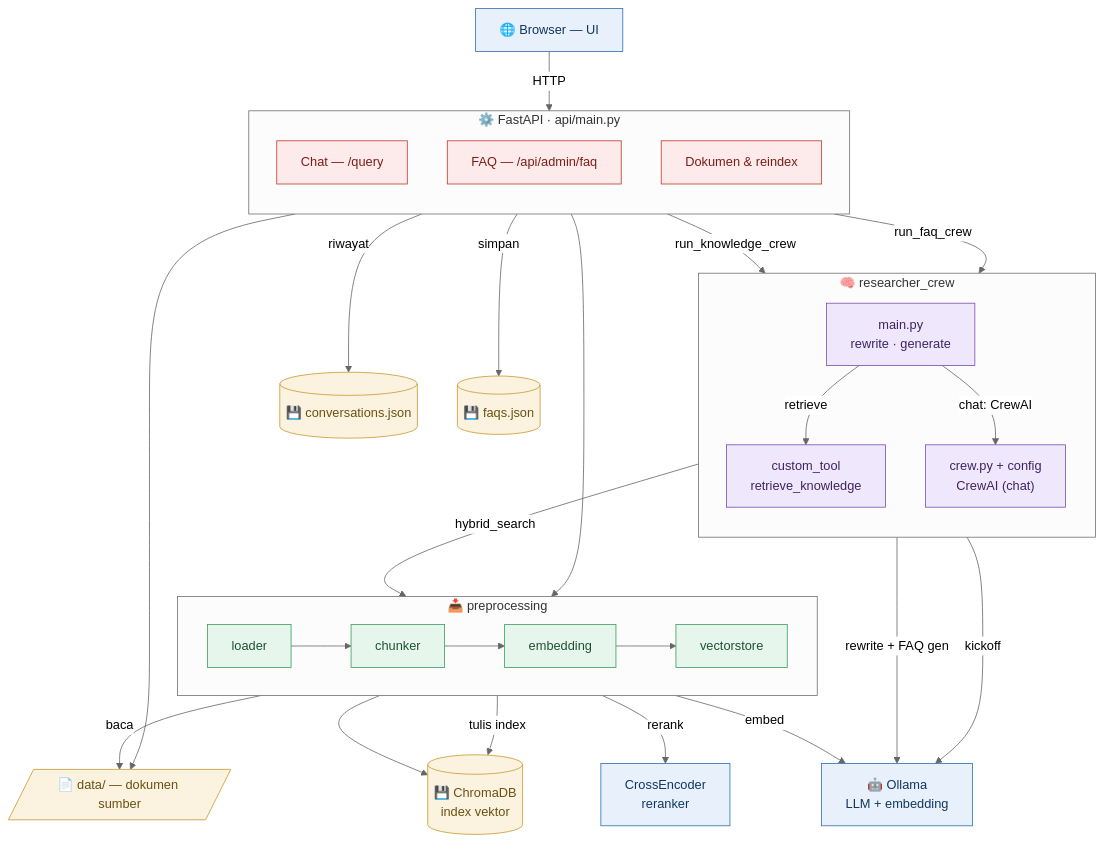
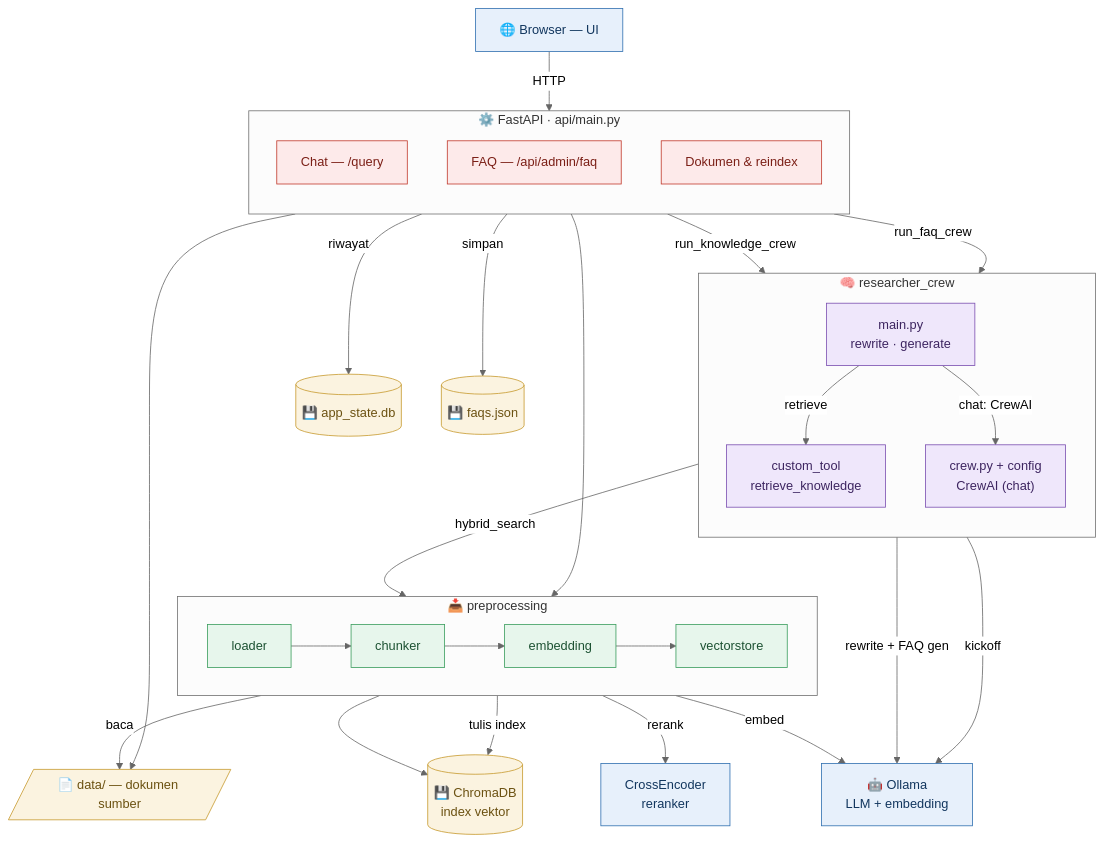
The diagram in Capstone/docs/TOPOLOGY.md (Akram17t/Internship), drawn with Mermaid (neutral theme) before and after one commit. The commit also changed 8 other files, not shown here.

````diff
--- a/Capstone/docs/TOPOLOGY.md
+++ b/Capstone/docs/TOPOLOGY.md
@@ -6,63 +6,63 @@
 ```mermaid
 flowchart TB
     Browser["🌐 Browser — UI"]
     Ollama["🤖 Ollama<br/>LLM + embedding"]
     Reranker["CrossEncoder<br/>reranker"]
 
     subgraph API["⚙️ FastAPI · api/main.py"]
         direction TB
         Chat["Chat — /query"]
         Faq["FAQ — /api/admin/faq"]
         DocMgmt["Dokumen & reindex"]
     end
 
     subgraph Crew["🧠 researcher_crew"]
         direction TB
         Main["main.py<br/>rewrite · generate"]
         Retrieve["custom_tool<br/>retrieve_knowledge"]
         CrewDef["crew.py + config<br/>CrewAI (chat)"]
     end
 
     subgraph Prep["📥 preprocessing"]
         direction LR
         Loader["loader"] --> Chunker["chunker"] --> Embed["embedding"] --> VStore["vectorstore"]
     end
 
     Chroma[("💾 ChromaDB<br/>index vektor")]
-    Conv[("💾 conversations.json")]
+    State[("💾 app_state.db")]
     Faqs[("💾 faqs.json")]
     Data[/"📄 data/ — dokumen sumber"/]
 
     Browser -->|HTTP| API
 
     Chat -->|run_knowledge_crew| Main
     Faq -->|run_faq_crew| Main
-    Chat -->|riwayat| Conv
+    Chat -->|riwayat| State
     Faq -->|simpan| Faqs
     DocMgmt --> Prep
     DocMgmt --> Data
 
     Main -->|retrieve| Retrieve
     Main -->|chat: CrewAI| CrewDef
     Main -->|rewrite + FAQ gen| Ollama
     CrewDef -->|kickoff| Ollama
     Retrieve -->|hybrid_search| VStore
     VStore --> Chroma
     VStore -->|rerank| Reranker
 
     Loader -->|baca| Data
     Embed -->|embed| Ollama
     VStore -->|tulis index| Chroma
 
     classDef ext fill:#e7f0fb,stroke:#2f6fb0,color:#12365e;
     classDef api fill:#fdeaea,stroke:#c0392b,color:#7b1f16;
     classDef crew fill:#efe7fb,stroke:#7b4fb0,color:#3d2560;
     classDef ing fill:#e7f6ec,stroke:#3a9d5d,color:#1d5233;
     classDef store fill:#fbf3e0,stroke:#c79a2e,color:#6b5111;
 
     class Browser,Ollama,Reranker ext;
     class Chat,Faq,DocMgmt api;
     class Main,Retrieve,CrewDef crew;
     class Loader,Chunker,Embed,VStore ing;
-    class Chroma,Conv,Faqs,Data store;
+    class Chroma,State,Faqs,Data store;
 ```
````
